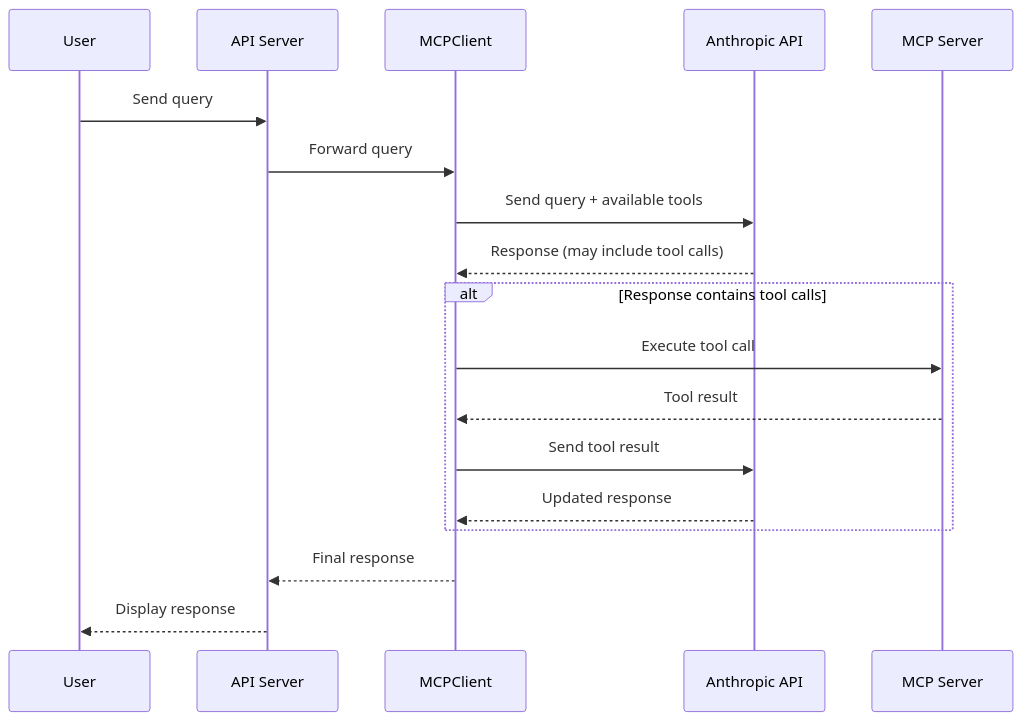
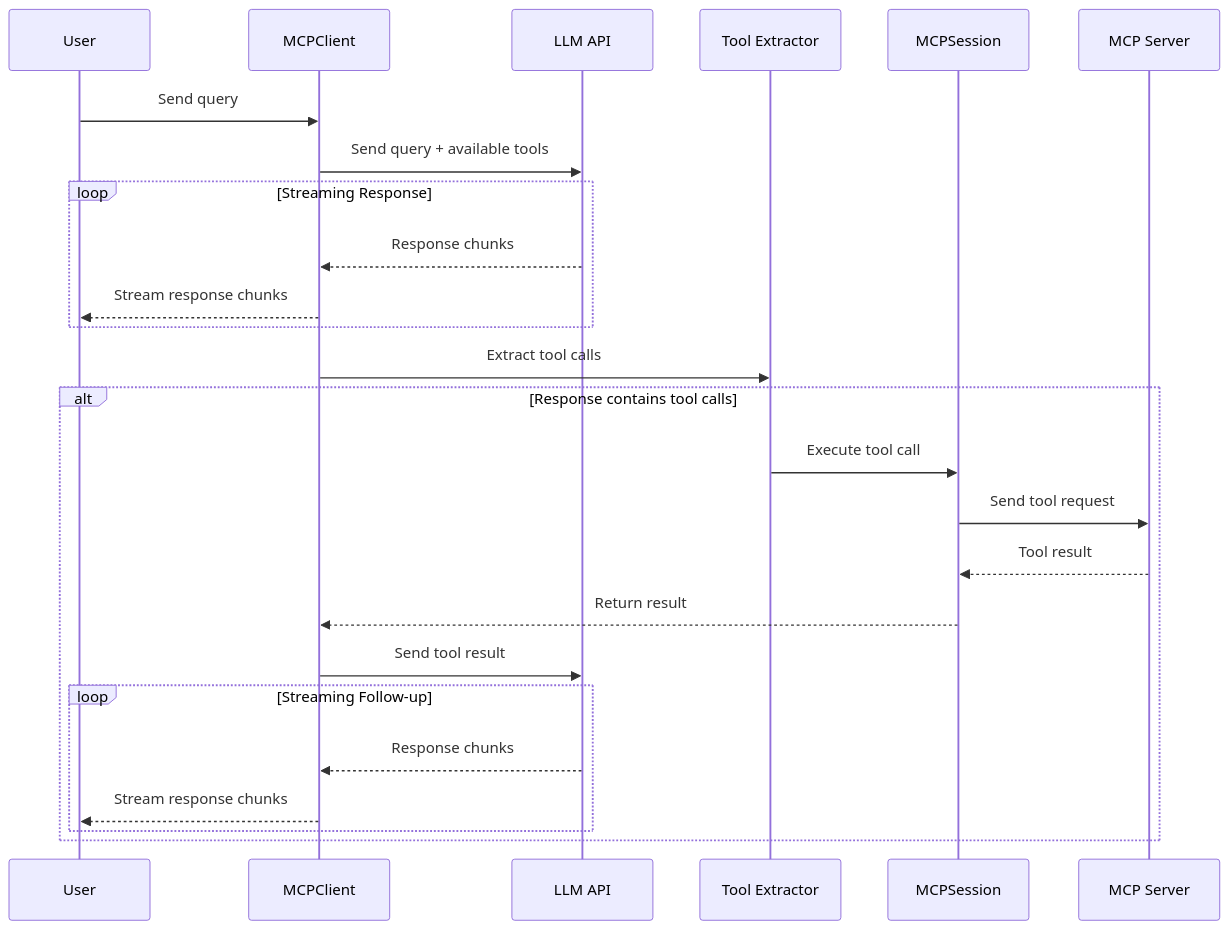
Before and after one commit to CLoaKY233/mcca: the fourth of 4 diagrams in README.md, drawn with Mermaid. The commit also changed other lines of this file and 2 other files, not shown here.

Commit message:
Update gitignore and README with improved architecture docs

````diff
--- a/README.md
+++ b/README.md
@@ -252,23 +212,32 @@
 ```mermaid
 sequenceDiagram
     participant User
-    participant API as API Server
     participant Client as MCPClient
-    participant LLM as Anthropic API
+    participant LLM as LLM API
+    participant Tools as Tool Extractor
+    participant Session as MCPSession
     participant Server as MCP Server
 
-    User->>API: Send query
-    API->>Client: Forward query
+    User->>Client: Send query
     Client->>LLM: Send query + available tools
-    LLM-->>Client: Response (may include tool calls)
+
+    loop Streaming Response
+        LLM-->>Client: Response chunks
+        Client-->>User: Stream response chunks
+    end
+
+    Client->>Tools: Extract tool calls
 
     alt Response contains tool calls
-        Client->>Server: Execute tool call
-        Server-->>Client: Tool result
+        Tools->>Session: Execute tool call
+        Session->>Server: Send tool request
+        Server-->>Session: Tool result
+        Session-->>Client: Return result
         Client->>LLM: Send tool result
-        LLM-->>Client: Updated response
+
+        loop Streaming Follow-up
+            LLM-->>Client: Response chunks
+            Client-->>User: Stream response chunks
+        end
     end
-
-    Client-->>API: Final response
-    API-->>User: Display response
 ```
````
